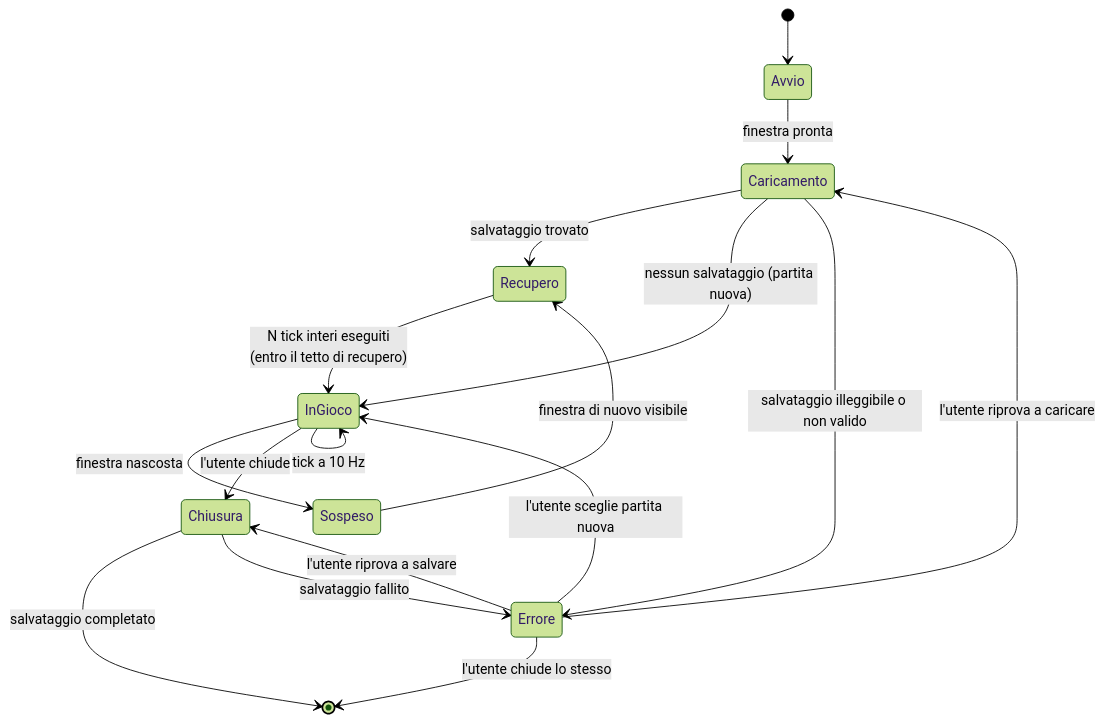
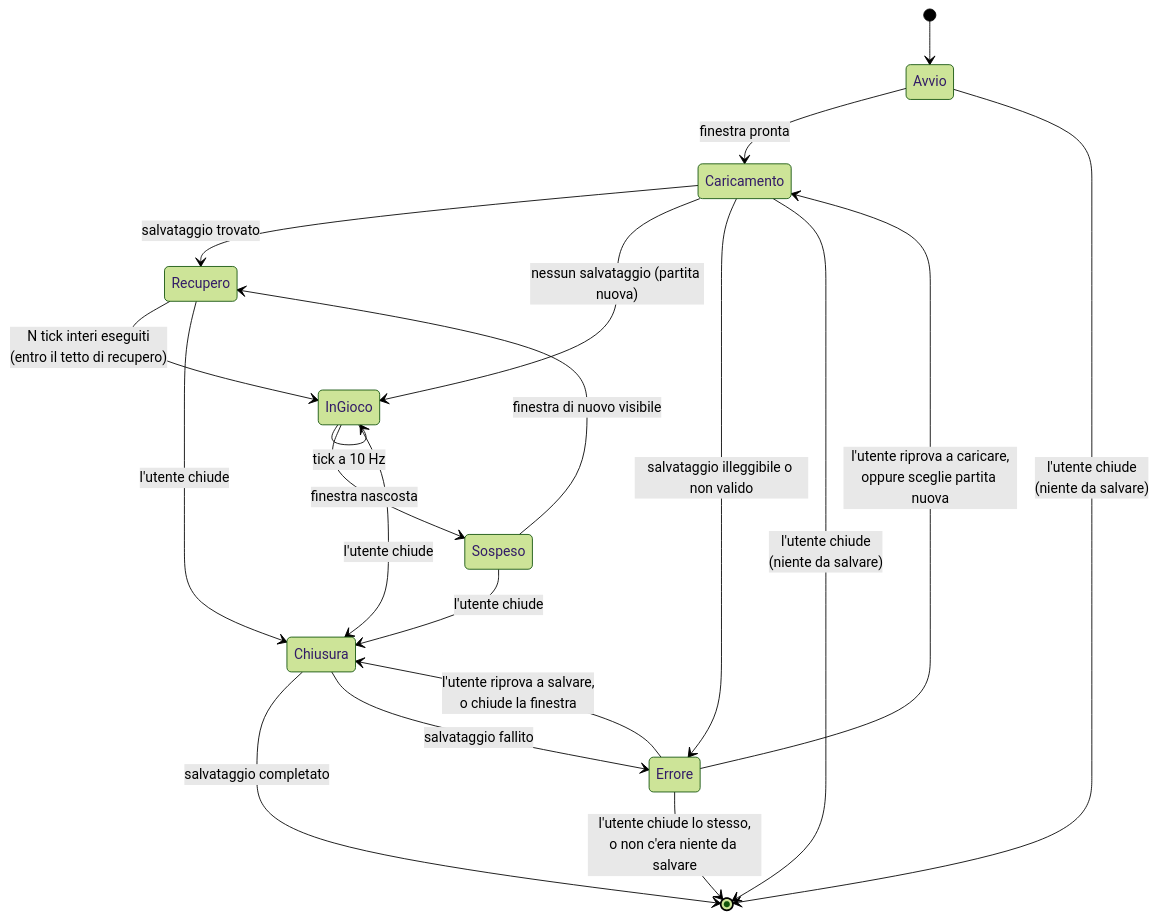
The diagram in docs/design/ciclo-di-vita.md (devfrx/solvent), drawn with Mermaid (forest theme) before and after one commit. The commit also changed other lines of this file and 35 other files, not shown here.

````diff
--- a/docs/design/ciclo-di-vita.md
+++ b/docs/design/ciclo-di-vita.md
@@ -13,23 +13,27 @@
 ```mermaid
 stateDiagram-v2
     [*] --> Avvio
     Avvio --> Caricamento: finestra pronta
     Caricamento --> Recupero: salvataggio trovato
     Caricamento --> InGioco: nessun salvataggio (partita nuova)
     Caricamento --> Errore: salvataggio illeggibile o non valido
 
     Recupero --> InGioco: N tick interi eseguiti<br/>(entro il tetto di recupero)
 
     InGioco --> InGioco: tick a 10 Hz
     InGioco --> Sospeso: finestra nascosta
     Sospeso --> Recupero: finestra di nuovo visibile
 
     InGioco --> Chiusura: l'utente chiude
+    Sospeso --> Chiusura: l'utente chiude
+    Recupero --> Chiusura: l'utente chiude
     Chiusura --> [*]: salvataggio completato
     Chiusura --> Errore: salvataggio fallito
 
-    Errore --> Caricamento: l'utente riprova a caricare
-    Errore --> Chiusura: l'utente riprova a salvare
-    Errore --> InGioco: l'utente sceglie partita nuova
-    Errore --> [*]: l'utente chiude lo stesso
+    Avvio --> [*]: l'utente chiude<br/>(niente da salvare)
+    Caricamento --> [*]: l'utente chiude<br/>(niente da salvare)
+
+    Errore --> Caricamento: l'utente riprova a caricare,<br/>oppure sceglie partita nuova
+    Errore --> Chiusura: l'utente riprova a salvare,<br/>o chiude la finestra
+    Errore --> [*]: l'utente chiude lo stesso,<br/>o non c'era niente da salvare
 ```
````
